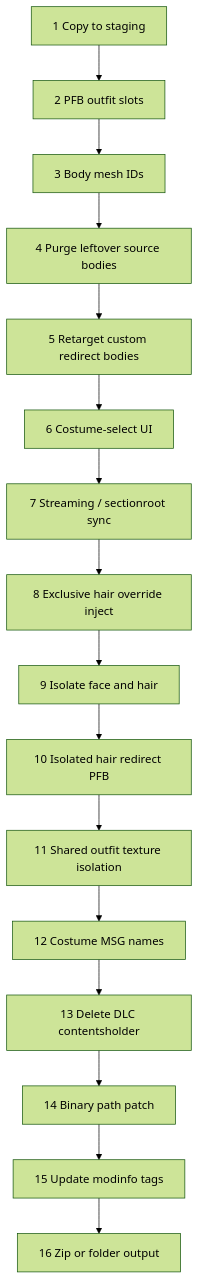
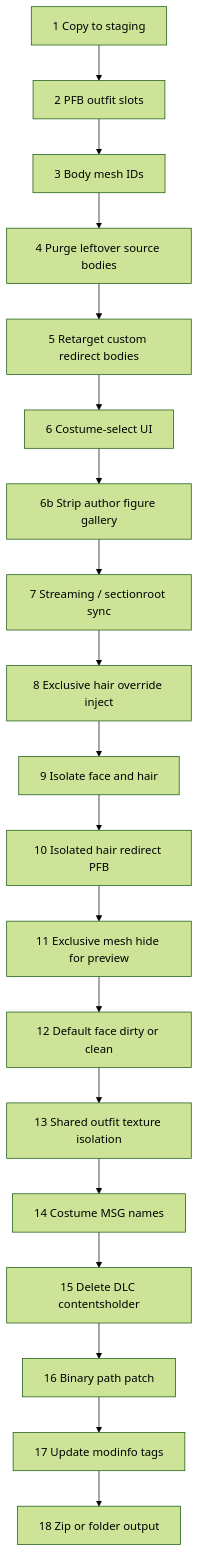
Before and after one commit to Necrotress/RE2-Outfit-Converter-Tool: the diagram in docs/PIPELINE.md, drawn with Mermaid (forest theme). The commit also changed other lines of this file and 72 other files, not shown here.

First line of the commit message:
Release v1.1.0: convert log, multi-slot UX, figure bleed fixes.

````diff
--- a/docs/PIPELINE.md
+++ b/docs/PIPELINE.md
@@ -9,22 +13,25 @@
 ```mermaid
 flowchart TD
   copy[1 Copy to staging]
   pfb[2 PFB outfit slots]
   mesh[3 Body mesh IDs]
   purge[4 Purge leftover source bodies]
   redirect[5 Retarget custom redirect bodies]
   ui[6 Costume-select UI]
+  figStrip[6b Strip author figure gallery]
   stream[7 Streaming / sectionroot sync]
   hairEx[8 Exclusive hair override inject]
   iso[9 Isolate face and hair]
   hairIso[10 Isolated hair redirect PFB]
-  tex[11 Shared outfit texture isolation]
-  msg[12 Costume MSG names]
-  holder[13 Delete DLC contentsholder]
-  patch[14 Binary path patch]
-  modinfo[15 Update modinfo tags]
-  pack[16 Zip or folder output]
-  copy --> pfb --> mesh --> purge --> redirect --> ui --> stream
-  stream --> hairEx --> iso --> hairIso --> tex --> msg --> holder
+  exclMesh[11 Exclusive mesh hide for preview]
+  milFace[12 Default face dirty or clean]
+  tex[13 Shared outfit texture isolation]
+  msg[14 Costume MSG names]
+  holder[15 Delete DLC contentsholder]
+  patch[16 Binary path patch]
+  modinfo[17 Update modinfo tags]
+  pack[18 Zip or folder output]
+  copy --> pfb --> mesh --> purge --> redirect --> ui --> figStrip --> stream
+  stream --> hairEx --> iso --> hairIso --> exclMesh --> milFace --> tex --> msg --> holder
   holder --> patch --> modinfo --> pack
 ```
````
